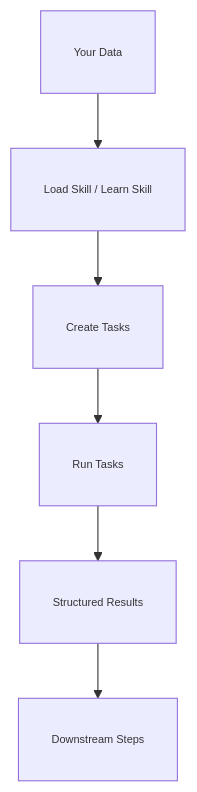
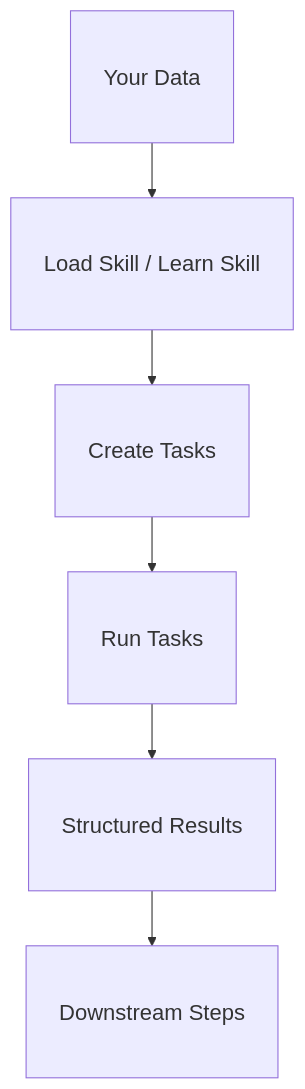
Before and after one commit to Pravko-Solutions/FlashLearn: the diagram in README.md, drawn with Mermaid.

````diff
--- a/README.md
+++ b/README.md
@@ -19,12 +19,12 @@
 ```mermaid
 flowchart TB
-    classDef smallBox font-size:10px, padding:2px;
+    classDef smallBox font-size:20px, padding:2px;
 
     H[Your Data] --> I[Load Skill / Learn Skill]
     I --> J[Create Tasks]
     J --> K[Run Tasks]
     K --> L[Structured Results]
     L --> M[Downstream Steps]
 
     class H,I,J,K,L,M smallBox;
 ```
````
